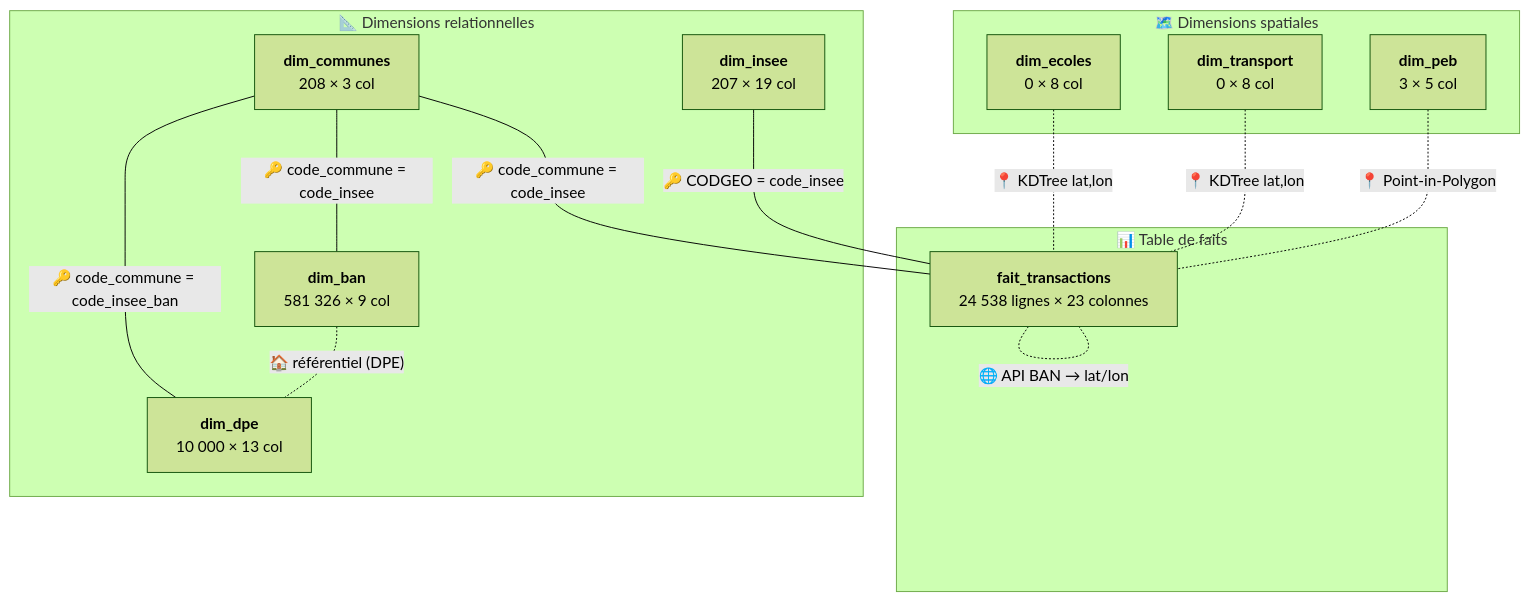
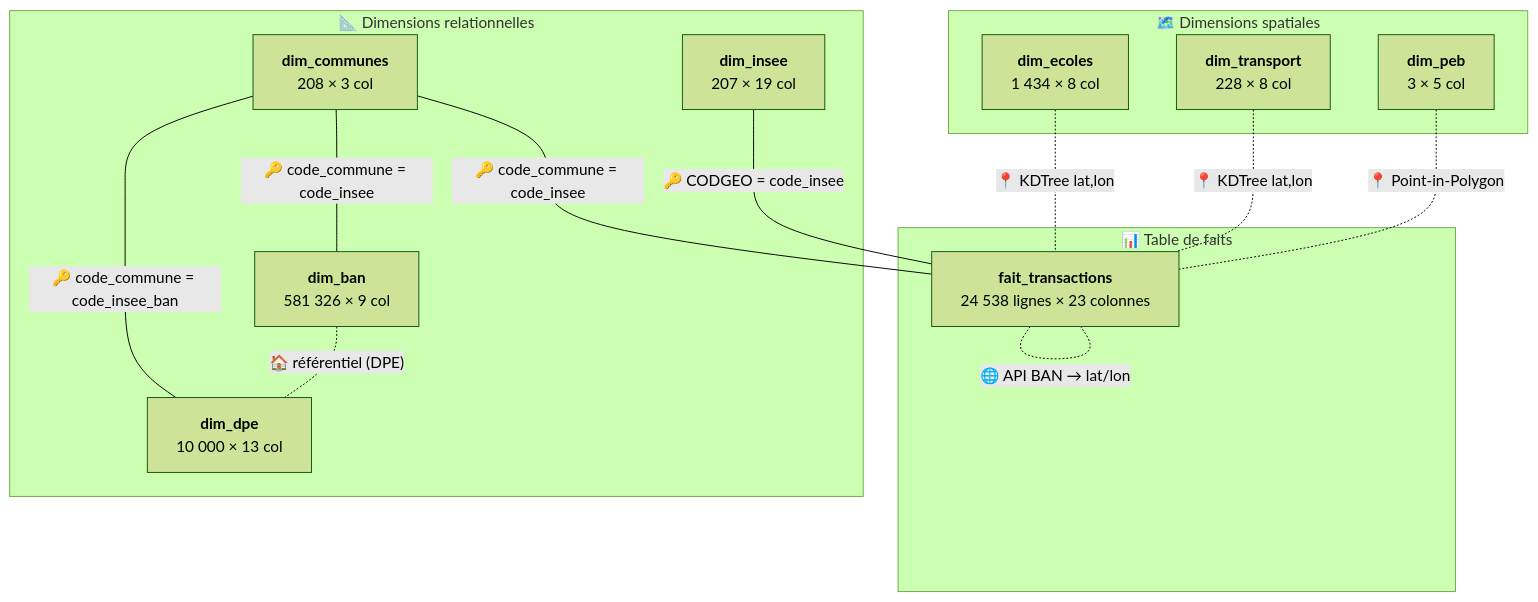
One commit to ArthurArctique/SAE-601-Nantes changed the first of 2 diagrams in dictionnaire_donnees.md. Above: the diagram before and after it, drawn with Mermaid (forest theme). The commit also changed other lines of this file, not shown here.

````diff
--- a/dictionnaire_donnees.md
+++ b/dictionnaire_donnees.md
@@ -9,29 +9,29 @@
 ```mermaid
 graph TD
     subgraph "📊 Table de faits"
         FT["<b>fait_transactions</b><br/>24 538 lignes × 23 colonnes"]
     end
 
     subgraph "📐 Dimensions relationnelles"
         DC["<b>dim_communes</b><br/>208 × 3 col"]
         DB["<b>dim_ban</b><br/>581 326 × 9 col"]
         DI["<b>dim_insee</b><br/>207 × 19 col"]
         DD["<b>dim_dpe</b><br/>10 000 × 13 col"]
     end
 
     subgraph "🗺️ Dimensions spatiales"
-        DE["<b>dim_ecoles</b><br/>0 × 8 col"]
-        DT["<b>dim_transport</b><br/>0 × 8 col"]
+        DE["<b>dim_ecoles</b><br/>1 434 × 8 col"]
+        DT["<b>dim_transport</b><br/>228 × 8 col"]
         DP["<b>dim_peb</b><br/>3 × 5 col"]
     end
 
     DC -- "🔑 code_commune = code_insee" --- FT
     DC -- "🔑 code_commune = code_insee" --- DB
     DI -- "🔑 CODGEO = code_insee" --- FT
     DC -- "🔑 code_commune = code_insee_ban" --- DD
     DB -. "🏠 référentiel (DPE)" .- DD
     FT -. "🌐 API BAN → lat/lon" .- FT
     DE -. "📍 KDTree lat,lon" .- FT
     DT -. "📍 KDTree lat,lon" .- FT
     DP -. "📍 Point-in-Polygon" .- FT
 ```
````
